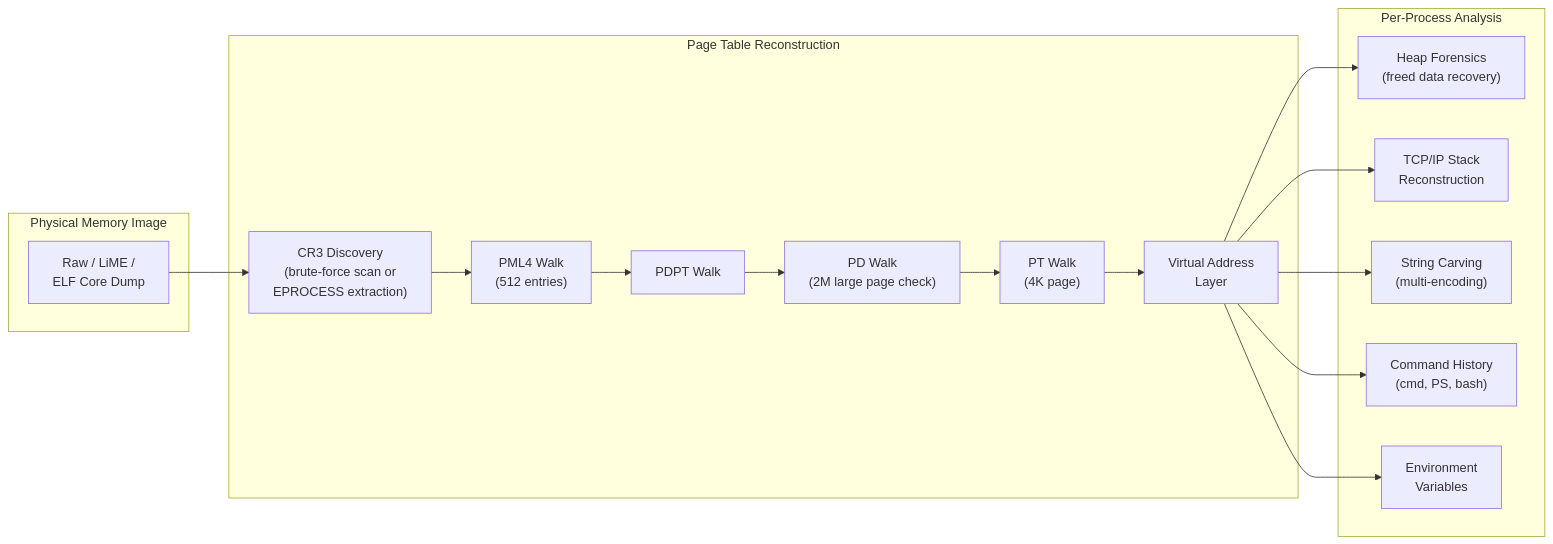
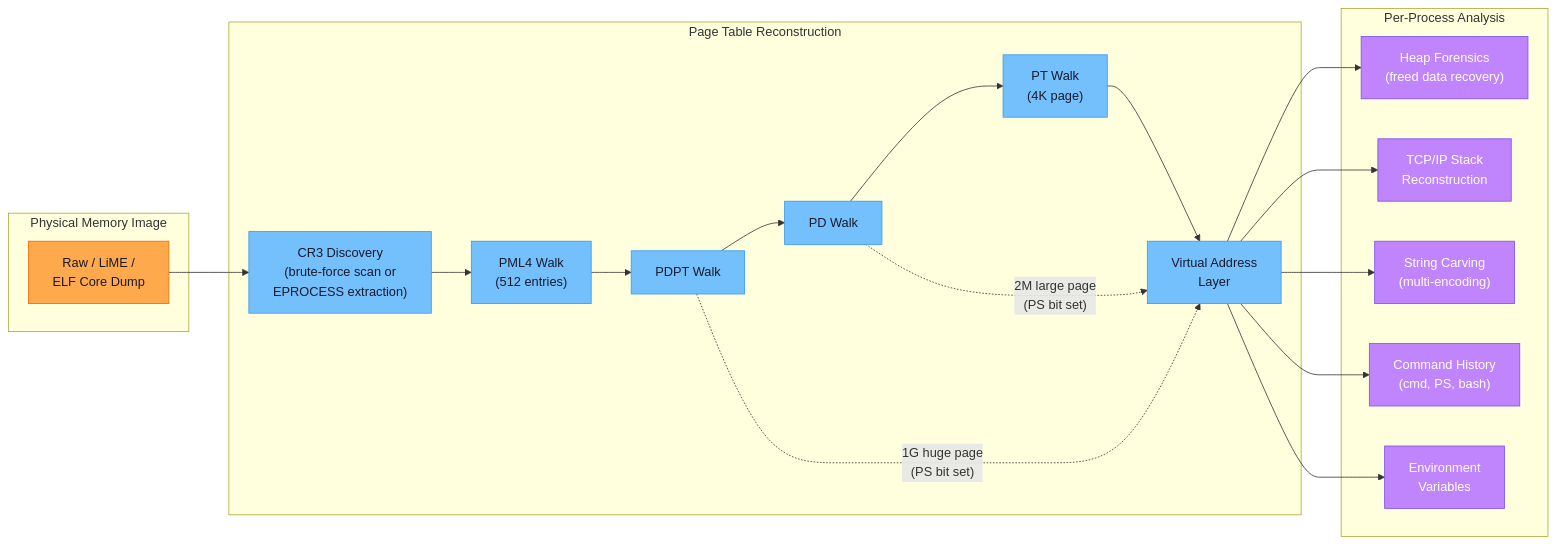
Before and after one commit to sonoransun/deepview: the fifth of 16 diagrams in README.md, drawn with Mermaid. The commit also changed other lines of this file and 47 other files, not shown here.

````diff
--- a/README.md
+++ b/README.md
@@ -354,31 +416,37 @@
 ```mermaid
 flowchart LR
     subgraph PhysMem["Physical Memory Image"]
-        RAW["Raw / LiME /<br/>ELF Core Dump"]
+        RAW["Raw / LiME /<br/>ELF Core Dump"]:::source
     end
 
     subgraph Translation["Page Table Reconstruction"]
-        CR3["CR3 Discovery<br/>(brute-force scan or<br/>EPROCESS extraction)"]
-        PML4["PML4 Walk<br/>(512 entries)"]
-        PDPT["PDPT Walk"]
-        PD["PD Walk<br/>(2M large page check)"]
-        PT["PT Walk<br/>(4K page)"]
-        VIRT["Virtual Address<br/>Layer"]
+        CR3["CR3 Discovery<br/>(brute-force scan or<br/>EPROCESS extraction)"]:::analysis
+        PML4["PML4 Walk<br/>(512 entries)"]:::analysis
+        PDPT["PDPT Walk"]:::analysis
+        PD["PD Walk"]:::analysis
+        PT["PT Walk<br/>(4K page)"]:::analysis
+        VIRT["Virtual Address<br/>Layer"]:::analysis
     end
 
     subgraph Analysis["Per-Process Analysis"]
-        HEAP["Heap Forensics<br/>(freed data recovery)"]
-        NET["TCP/IP Stack<br/>Reconstruction"]
-        STR["String Carving<br/>(multi-encoding)"]
-        CMD["Command History<br/>(cmd, PS, bash)"]
-        ENV["Environment<br/>Variables"]
+        HEAP["Heap Forensics<br/>(freed data recovery)"]:::detect
+        NET["TCP/IP Stack<br/>Reconstruction"]:::detect
+        STR["String Carving<br/>(multi-encoding)"]:::detect
+        CMD["Command History<br/>(cmd, PS, bash)"]:::detect
+        ENV["Environment<br/>Variables"]:::detect
     end
 
     RAW --> CR3 --> PML4 --> PDPT --> PD --> PT --> VIRT
+    PDPT -.->|"1G huge page<br/>(PS bit set)"| VIRT
+    PD -.->|"2M large page<br/>(PS bit set)"| VIRT
 
     VIRT --> HEAP
     VIRT --> NET
     VIRT --> STR
     VIRT --> CMD
     VIRT --> ENV
+
+    classDef source fill:#ffa94d,stroke:#f76707,color:#1a1a2e
+    classDef analysis fill:#74c0fc,stroke:#339af0,color:#1a1a2e
+    classDef detect fill:#c084fc,stroke:#7950f2,color:#fff
 ```
````
